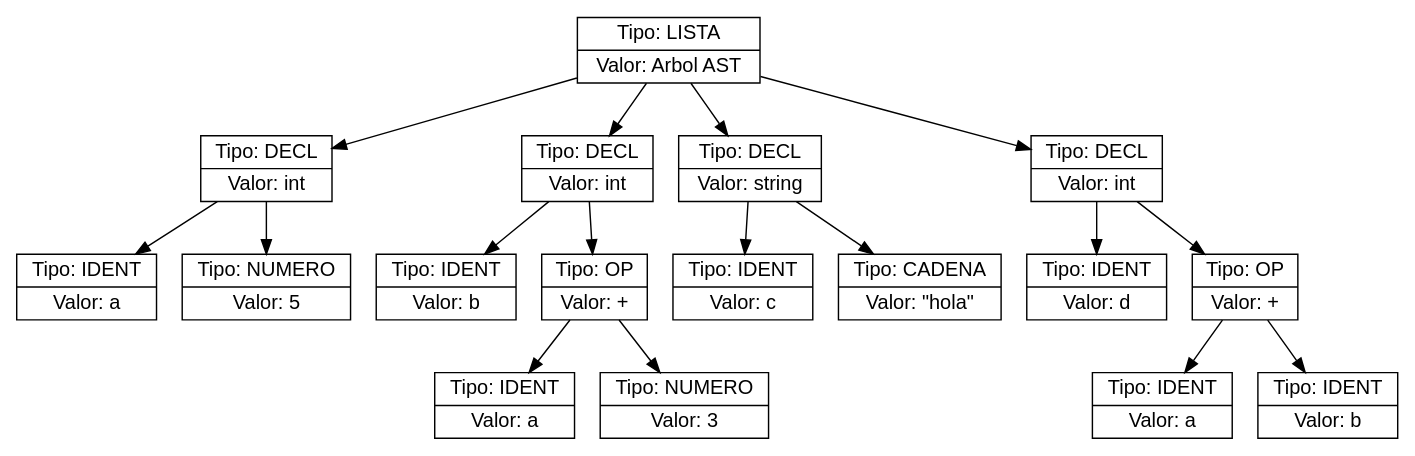
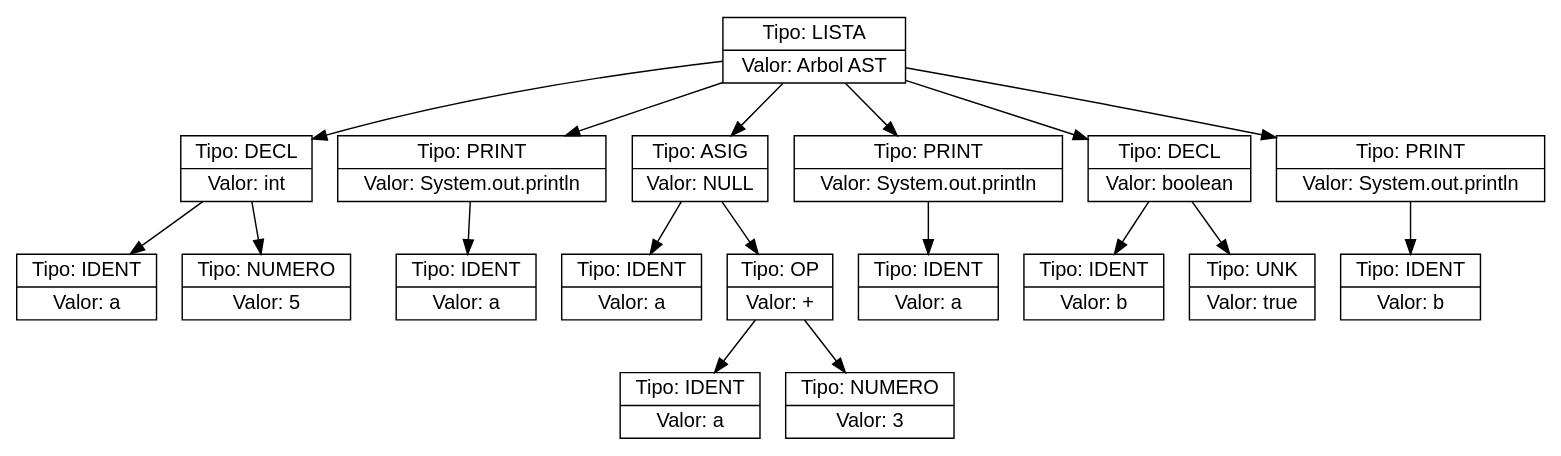
The diagram in ast.dot (Farot30/OLC2_2s2025_202307820), drawn with Graphviz before and after one commit. The commit also changed 27 other files, not shown here.

```diff
--- a/ast.dot
+++ b/ast.dot
@@ -1,36 +1,38 @@
 digraph AST {
   node [shape=record,fontname="Helvetica"];
-  n0x5d4bf97abf00 [label="{Tipo: LISTA|Valor: Arbol AST}"];
-  n0x5d4bf97abf00 -> n0x5d4bf97abbf0;
-  n0x5d4bf97abbf0 [label="{Tipo: DECL|Valor: int}"];
-  n0x5d4bf97abbf0 -> n0x5d4bf97abc40;
-  n0x5d4bf97abc40 [label="{Tipo: IDENT|Valor: a}"];
-  n0x5d4bf97abbf0 -> n0x5d4bf97abba0;
-  n0x5d4bf97abba0 [label="{Tipo: NUMERO|Valor: 5}"];
-  n0x5d4bf97abf00 -> n0x5d4bf97abe40;
-  n0x5d4bf97abe40 [label="{Tipo: DECL|Valor: int}"];
-  n0x5d4bf97abe40 -> n0x5d4bf97abe90;
-  n0x5d4bf97abe90 [label="{Tipo: IDENT|Valor: b}"];
-  n0x5d4bf97abe40 -> n0x5d4bf97abdd0;
-  n0x5d4bf97abdd0 [label="{Tipo: OP|Valor: +}"];
-  n0x5d4bf97abdd0 -> n0x5d4bf97abd10;
-  n0x5d4bf97abd10 [label="{Tipo: IDENT|Valor: a}"];
-  n0x5d4bf97abdd0 -> n0x5d4bf97abd80;
-  n0x5d4bf97abd80 [label="{Tipo: NUMERO|Valor: 3}"];
-  n0x5d4bf97abf00 -> n0x5d4bf97ac020;
-  n0x5d4bf97ac020 [label="{Tipo: DECL|Valor: string}"];
-  n0x5d4bf97ac020 -> n0x5d4bf97ac070;
-  n0x5d4bf97ac070 [label="{Tipo: IDENT|Valor: c}"];
-  n0x5d4bf97ac020 -> n0x5d4bf97abfd0;
-  n0x5d4bf97abfd0 [label="{Tipo: CADENA|Valor: \"hola\"}"];
-  n0x5d4bf97abf00 -> n0x5d4bf97ac270;
-  n0x5d4bf97ac270 [label="{Tipo: DECL|Valor: int}"];
-  n0x5d4bf97ac270 -> n0x5d4bf97ac2c0;
-  n0x5d4bf97ac2c0 [label="{Tipo: IDENT|Valor: d}"];
-  n0x5d4bf97ac270 -> n0x5d4bf97ac200;
-  n0x5d4bf97ac200 [label="{Tipo: OP|Valor: +}"];
-  n0x5d4bf97ac200 -> n0x5d4bf97ac140;
-  n0x5d4bf97ac140 [label="{Tipo: IDENT|Valor: a}"];
-  n0x5d4bf97ac200 -> n0x5d4bf97ac1b0;
-  n0x5d4bf97ac1b0 [label="{Tipo: IDENT|Valor: b}"];
+  n0x56c3b818edb0 [label="{Tipo: LISTA|Valor: Arbol AST}"];
+  n0x56c3b818edb0 -> n0x56c3b818ebf0;
+  n0x56c3b818ebf0 [label="{Tipo: DECL|Valor: int}"];
+  n0x56c3b818ebf0 -> n0x56c3b818ec40;
+  n0x56c3b818ec40 [label="{Tipo: IDENT|Valor: a}"];
+  n0x56c3b818ebf0 -> n0x56c3b818eba0;
+  n0x56c3b818eba0 [label="{Tipo: NUMERO|Valor: 5}"];
+  n0x56c3b818edb0 -> n0x56c3b818ed40;
+  n0x56c3b818ed40 [label="{Tipo: PRINT|Valor: System.out.println}"];
+  n0x56c3b818ed40 -> n0x56c3b818ecf0;
+  n0x56c3b818ecf0 [label="{Tipo: IDENT|Valor: a}"];
+  n0x56c3b818edb0 -> n0x56c3b818eeb0;
+  n0x56c3b818eeb0 [label="{Tipo: ASIG|Valor: NULL}"];
+  n0x56c3b818eeb0 -> n0x56c3b818eee0;
+  n0x56c3b818eee0 [label="{Tipo: IDENT|Valor: a}"];
+  n0x56c3b818eeb0 -> n0x56c3b818ef30;
+  n0x56c3b818ef30 [label="{Tipo: OP|Valor: +}"];
+  n0x56c3b818ef30 -> n0x56c3b818ef80;
+  n0x56c3b818ef80 [label="{Tipo: IDENT|Valor: a}"];
+  n0x56c3b818ef30 -> n0x56c3b818ee60;
+  n0x56c3b818ee60 [label="{Tipo: NUMERO|Valor: 3}"];
+  n0x56c3b818edb0 -> n0x56c3b818f0a0;
+  n0x56c3b818f0a0 [label="{Tipo: PRINT|Valor: System.out.println}"];
+  n0x56c3b818f0a0 -> n0x56c3b818f050;
+  n0x56c3b818f050 [label="{Tipo: IDENT|Valor: a}"];
+  n0x56c3b818edb0 -> n0x56c3b818f1d0;
+  n0x56c3b818f1d0 [label="{Tipo: DECL|Valor: boolean}"];
+  n0x56c3b818f1d0 -> n0x56c3b818f220;
+  n0x56c3b818f220 [label="{Tipo: IDENT|Valor: b}"];
+  n0x56c3b818f1d0 -> n0x56c3b818f180;
+  n0x56c3b818f180 [label="{Tipo: UNK|Valor: true}"];
+  n0x56c3b818edb0 -> n0x56c3b818f320;
+  n0x56c3b818f320 [label="{Tipo: PRINT|Valor: System.out.println}"];
+  n0x56c3b818f320 -> n0x56c3b818f2d0;
+  n0x56c3b818f2d0 [label="{Tipo: IDENT|Valor: b}"];
 }
```
